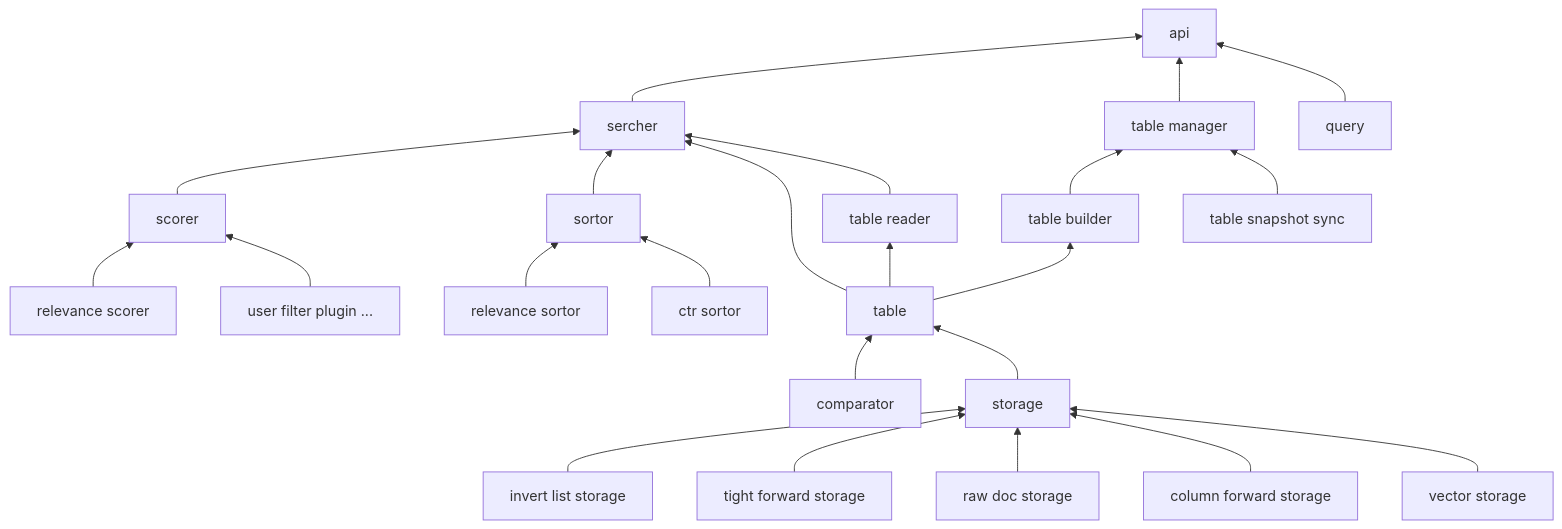
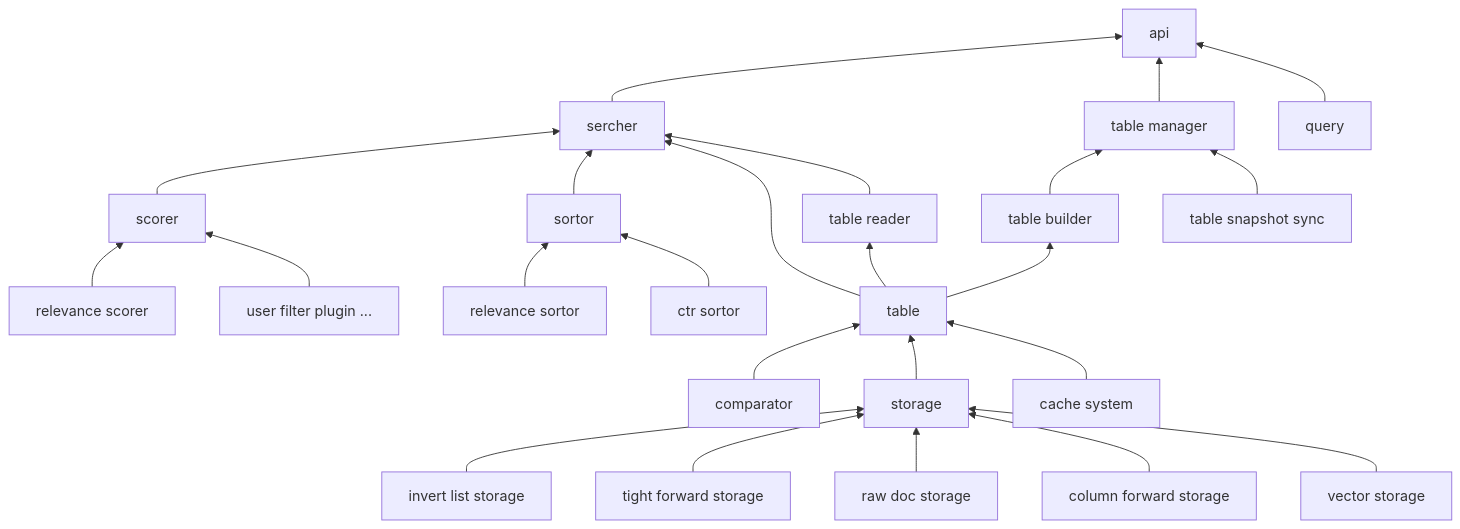
One commit to gottingen/kumo-search changed the diagram in ch-11/README.md. Above: the diagram before and after it, drawn with Mermaid. The commit also changed other lines of this file, not shown here.

````diff
--- a/ch-11/README.md
+++ b/ch-11/README.md
@@ -15,26 +15,27 @@
 ```mermaid
 graph BT
     A[api]
     B[sercher]-->A
     P[table manager]-->A
     C[query]-->A
     E[scorer]-->B
     F[sortor]-->B
     D[comparator]-->G[table]
     G-->B
     H[storage]-->G
     I[relevance scorer]-->E
     J[user filter plugin ...]-->E
     K[invert list storage]-->H
     L[tight forward storage]-->H
     M[raw doc storage]-->H
     N[column forward storage]-->H
     O[vector storage]-->H
     Q[table reader] --> B
     R[table builder] -->P
     G-->Q
     G-->R
     S[relevance sortor]-->F
     T[ctr sortor]-->F
     U[table snapshot sync]-->P
+    V[cache system] -->G
 ```
````
